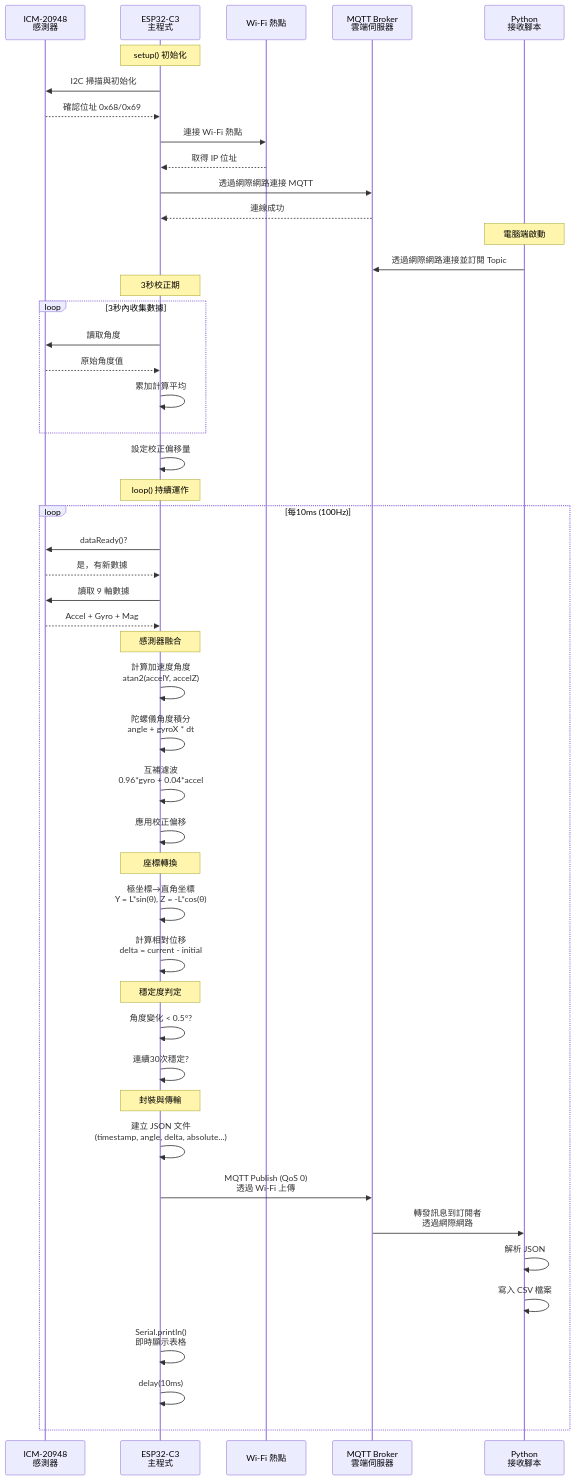
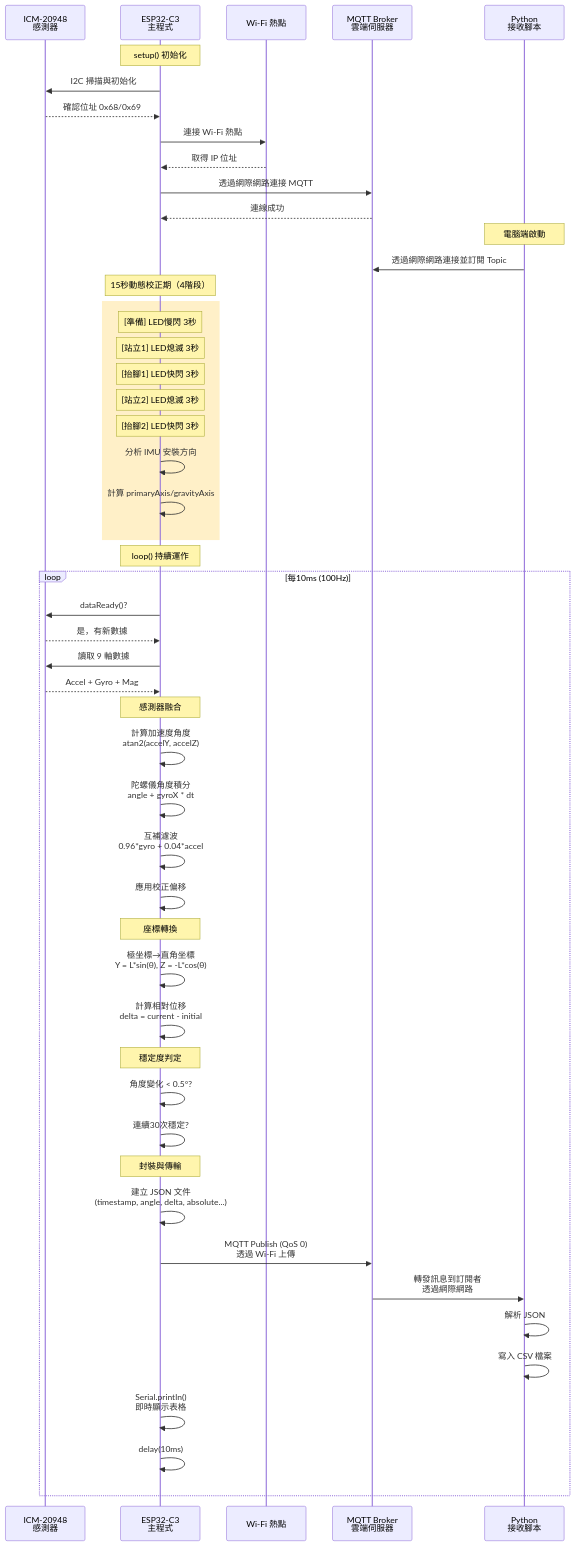
The third of 4 diagrams in README.md (bt-0904/knee-drive-analysis), drawn with Mermaid before and after one commit. The commit also changed other lines of this file and 2 other files, not shown here.

````diff
--- a/README.md
+++ b/README.md
@@ -144,59 +145,62 @@
 ```mermaid
 sequenceDiagram
     participant S as ICM-20948<br/>感測器
     participant E as ESP32-C3<br/>主程式
     participant W as Wi-Fi 熱點
     participant M as MQTT Broker<br/>雲端伺服器
     participant P as Python<br/>接收腳本
 
     Note over E: setup() 初始化
     E->>S: I2C 掃描與初始化
     S-->>E: 確認位址 0x68/0x69
     E->>W: 連接 Wi-Fi 熱點
     W-->>E: 取得 IP 位址
     E->>M: 透過網際網路連接 MQTT
     M-->>E: 連線成功
 
     Note over P: 電腦端啟動
     P->>M: 透過網際網路連接並訂閱 Topic
 
-    Note over E: 3秒校正期
-    loop 3秒內收集數據
-        E->>S: 讀取角度
-        S-->>E: 原始角度值
-        E->>E: 累加計算平均
+    Note over E: 15秒動態校正期（4階段）
+    rect rgb(255, 240, 200)
+        Note over E: [準備] LED慢閃 3秒
+        Note over E: [站立1] LED熄滅 3秒
+        Note over E: [抬腳1] LED快閃 3秒
+        Note over E: [站立2] LED熄滅 3秒
+        Note over E: [抬腳2] LED快閃 3秒
+        E->>E: 分析 IMU 安裝方向
+        E->>E: 計算 primaryAxis/gravityAxis
     end
-    E->>E: 設定校正偏移量
 
     Note over E: loop() 持續運作
     loop 每10ms (100Hz)
         E->>S: dataReady()?
         S-->>E: 是，有新數據
         E->>S: 讀取 9 軸數據
         S-->>E: Accel + Gyro + Mag
 
         Note over E: 感測器融合
         E->>E: 計算加速度角度<br/>atan2(accelY, accelZ)
         E->>E: 陀螺儀角度積分<br/>angle + gyroX * dt
         E->>E: 互補濾波<br/>0.96*gyro + 0.04*accel
         E->>E: 應用校正偏移
 
         Note over E: 座標轉換
         E->>E: 極坐標→直角坐標<br/>Y = L*sin(θ), Z = -L*cos(θ)
         E->>E: 計算相對位移<br/>delta = current - initial
 
         Note over E: 穩定度判定
         E->>E: 角度變化 < 0.5°?
         E->>E: 連續30次穩定?
 
         Note over E: 封裝與傳輸
         E->>E: 建立 JSON 文件<br/>(timestamp, angle, delta, absolute...)
         E->>M: MQTT Publish (QoS 0)<br/>透過 Wi-Fi 上傳
         M->>P: 轉發訊息到訂閱者<br/>透過網際網路
         P->>P: 解析 JSON
         P->>P: 寫入 CSV 檔案
 
         E->>E: Serial.println()<br/>即時顯示表格
         E->>E: delay(10ms)
     end
 ```
````
